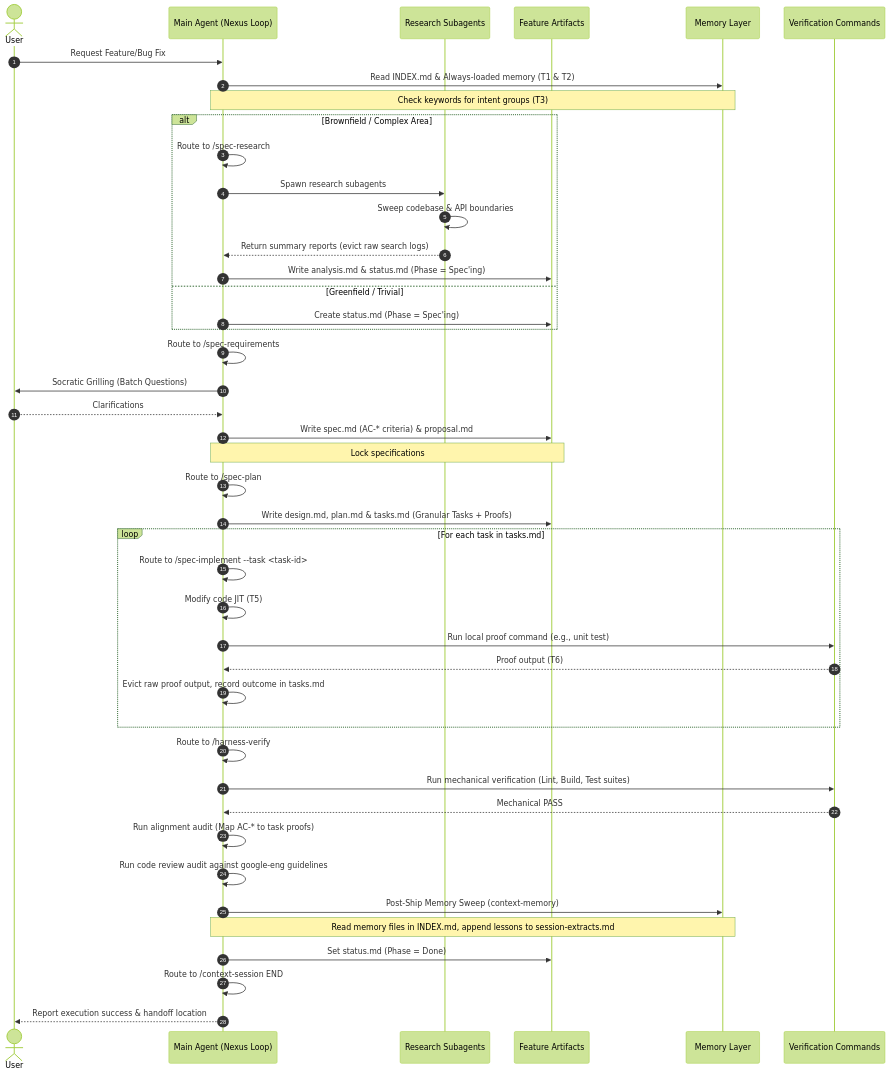
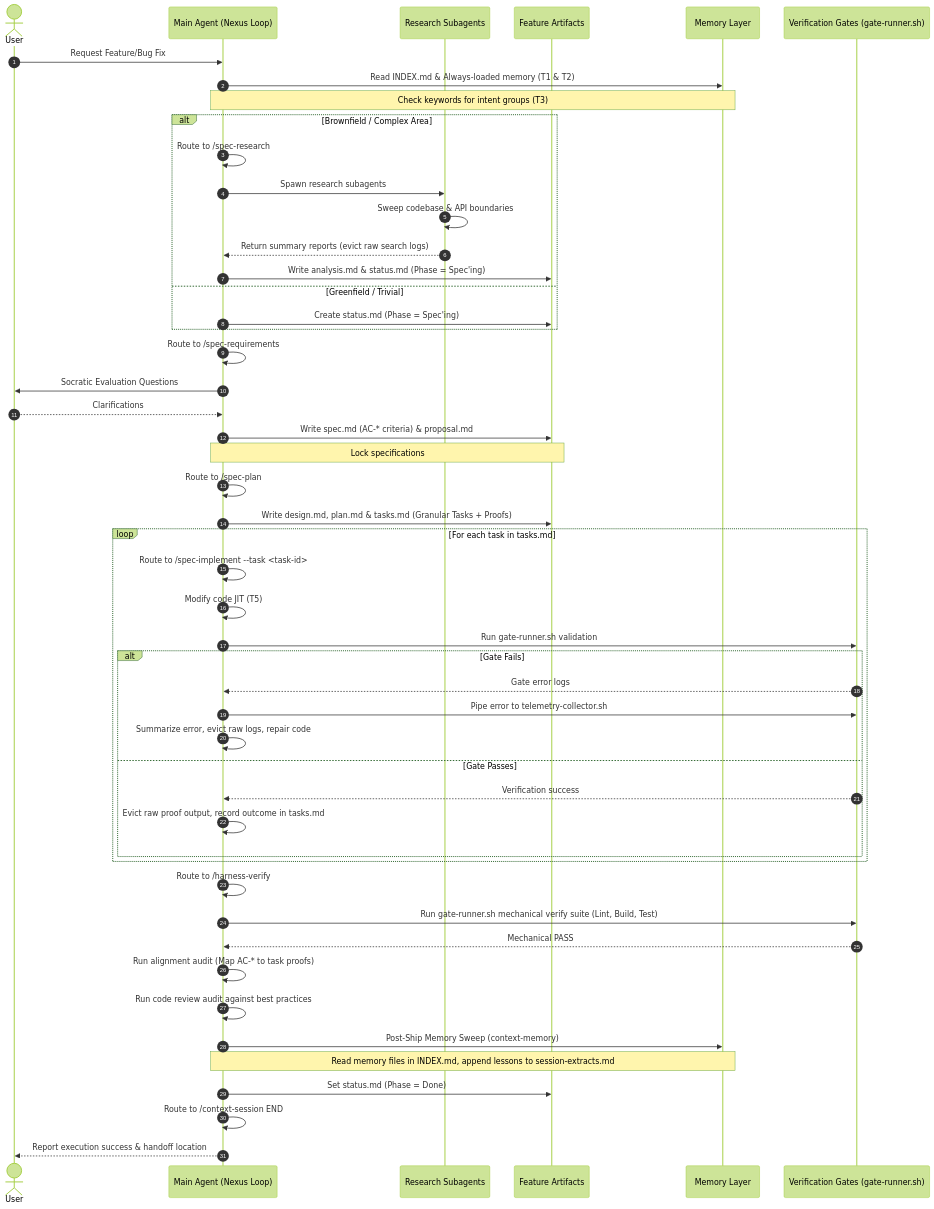
Before and after one commit to thaihai-swe/CoreZero-Nexus: the diagram in documents/evaluation-report.md, drawn with Mermaid (forest theme). The commit also changed other lines of this file and 95 other files, not shown here.

````diff
--- a/documents/evaluation-report.md
+++ b/documents/evaluation-report.md
@@ -46,52 +46,58 @@
 ```mermaid
 sequenceDiagram
     autonumber
     actor User
     participant Agent as Main Agent (Nexus Loop)
     participant Sub as Research Subagents
     participant Art as Feature Artifacts
     participant Mem as Memory Layer
-    participant Cmd as Verification Commands
+    participant Cmd as Verification Gates (gate-runner.sh)
 
     User->>Agent: Request Feature/Bug Fix
     Agent->>Mem: Read INDEX.md & Always-loaded memory (T1 & T2)
     Note over Agent,Mem: Check keywords for intent groups (T3)
     alt Brownfield / Complex Area
         Agent->>Agent: Route to /spec-research
         Agent->>Sub: Spawn research subagents
         Sub->>Sub: Sweep codebase & API boundaries
         Sub-->>Agent: Return summary reports (evict raw search logs)
         Agent->>Art: Write analysis.md & status.md (Phase = Spec'ing)
     else Greenfield / Trivial
         Agent->>Art: Create status.md (Phase = Spec'ing)
     end
 
     Agent->>Agent: Route to /spec-requirements
-    Agent->>User: Socratic Grilling (Batch Questions)
+    Agent->>User: Socratic Evaluation Questions
     User-->>Agent: Clarifications
     Agent->>Art: Write spec.md (AC-* criteria) & proposal.md
     Note over Agent,Art: Lock specifications
 
     Agent->>Agent: Route to /spec-plan
     Agent->>Art: Write design.md, plan.md & tasks.md (Granular Tasks + Proofs)
 
     loop For each task in tasks.md
         Agent->>Agent: Route to /spec-implement --task <task-id>
         Agent->>Agent: Modify code JIT (T5)
-        Agent->>Cmd: Run local proof command (e.g., unit test)
-        Cmd-->>Agent: Proof output (T6)
-        Agent->>Agent: Evict raw proof output, record outcome in tasks.md
+        Agent->>Cmd: Run gate-runner.sh validation
+        alt Gate Fails
+            Cmd-->>Agent: Gate error logs
+            Agent->>Cmd: Pipe error to telemetry-collector.sh
+            Agent->>Agent: Summarize error, evict raw logs, repair code
+        else Gate Passes
+            Cmd-->>Agent: Verification success
+            Agent->>Agent: Evict raw proof output, record outcome in tasks.md
+        end
     end
 
     Agent->>Agent: Route to /harness-verify
-    Agent->>Cmd: Run mechanical verification (Lint, Build, Test suites)
+    Agent->>Cmd: Run gate-runner.sh mechanical verify suite (Lint, Build, Test)
     Cmd-->>Agent: Mechanical PASS
     Agent->>Agent: Run alignment audit (Map AC-* to task proofs)
-    Agent->>Agent: Run code review audit against google-eng guidelines
+    Agent->>Agent: Run code review audit against best practices
 
     Agent->>Mem: Post-Ship Memory Sweep (context-memory)
     Note over Agent,Mem: Read memory files in INDEX.md, append lessons to session-extracts.md
     Agent->>Art: Set status.md (Phase = Done)
     Agent->>Agent: Route to /context-session END
     Agent-->>User: Report execution success & handoff location
 ```
````
